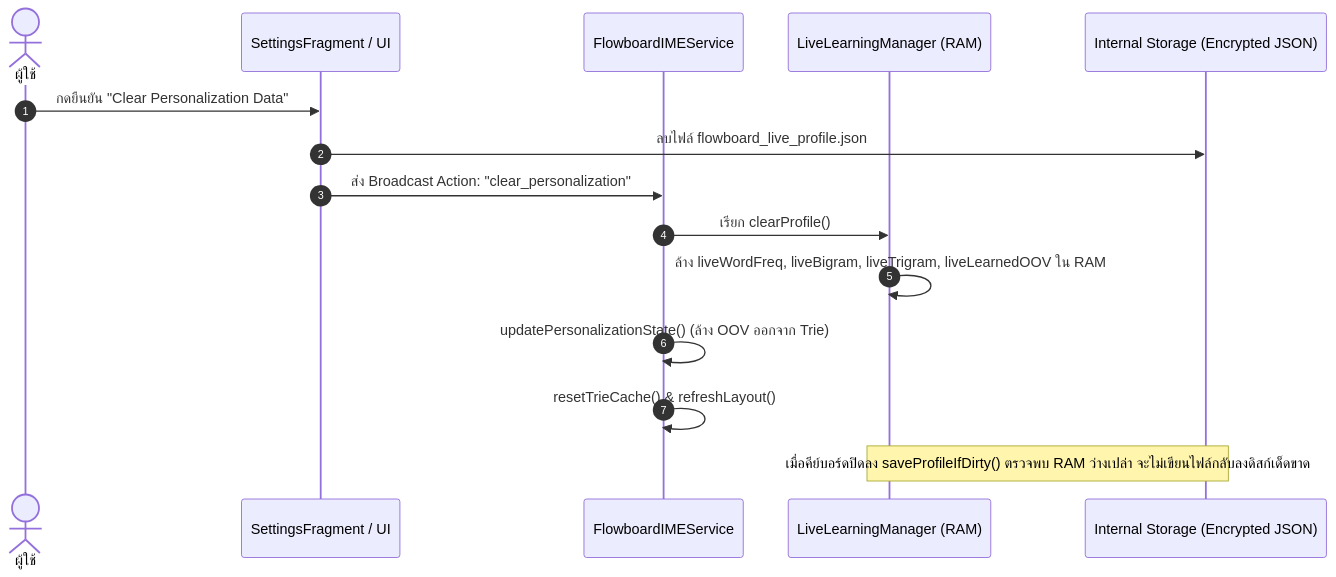
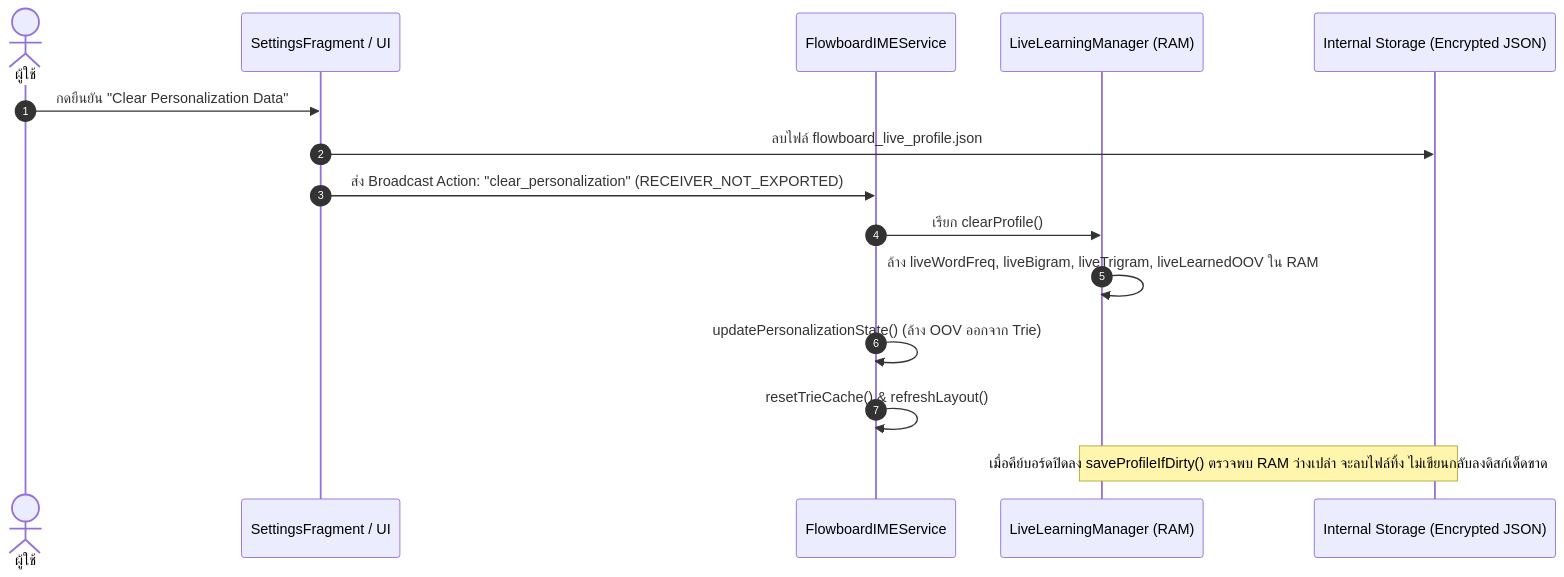
One commit to LaZZy-Bear/flowboard changed the second of 2 diagrams in ARCHITECTURE.md. Above: the diagram before and after it, drawn with Mermaid. The commit also changed other lines of this file and 15 other files, not shown here.

````diff
--- a/ARCHITECTURE.md
+++ b/ARCHITECTURE.md
@@ -384,18 +270,18 @@
 ```mermaid
 sequenceDiagram
     autonumber
     actor User as ผู้ใช้
     participant Settings as SettingsFragment / UI
     participant IME as FlowboardIMEService
     participant LLM as LiveLearningManager (RAM)
     participant Disk as Internal Storage (Encrypted JSON)
 
     User->>Settings: กดยืนยัน "Clear Personalization Data"
     Settings->>Disk: ลบไฟล์ flowboard_live_profile.json
-    Settings->>IME: ส่ง Broadcast Action: "clear_personalization"
+    Settings->>IME: ส่ง Broadcast Action: "clear_personalization" (RECEIVER_NOT_EXPORTED)
     IME->>LLM: เรียก clearProfile()
     LLM->>LLM: ล้าง liveWordFreq, liveBigram, liveTrigram, liveLearnedOOV ใน RAM
     IME->>IME: updatePersonalizationState() (ล้าง OOV ออกจาก Trie)
     IME->>IME: resetTrieCache() & refreshLayout()
-    Note over LLM,Disk: เมื่อคีย์บอร์ดปิดลง saveProfileIfDirty() ตรวจพบ RAM ว่างเปล่า จะไม่เขียนไฟล์กลับลงดิสก์เด็ดขาด
+    Note over LLM,Disk: เมื่อคีย์บอร์ดปิดลง saveProfileIfDirty() ตรวจพบ RAM ว่างเปล่า จะลบไฟล์ทิ้ง ไม่เขียนกลับลงดิสก์เด็ดขาด
 ```
````
